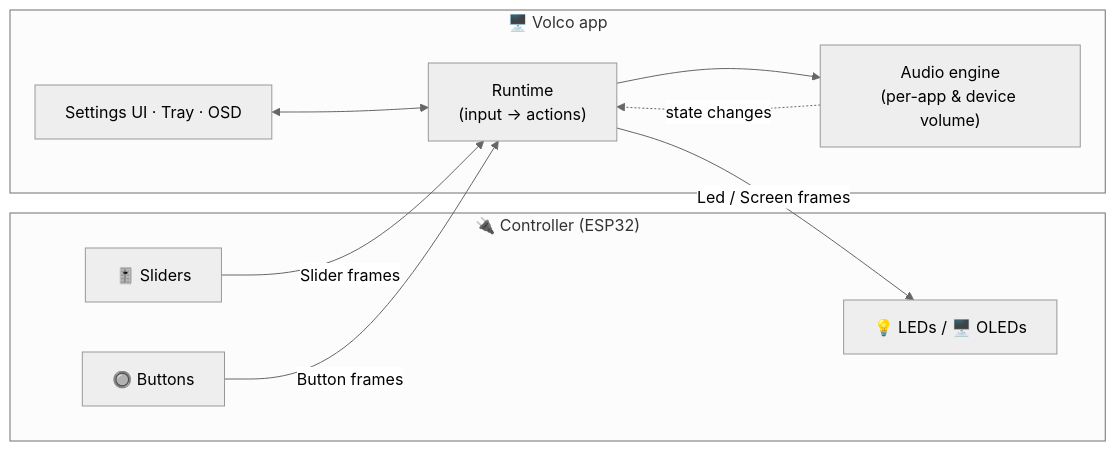
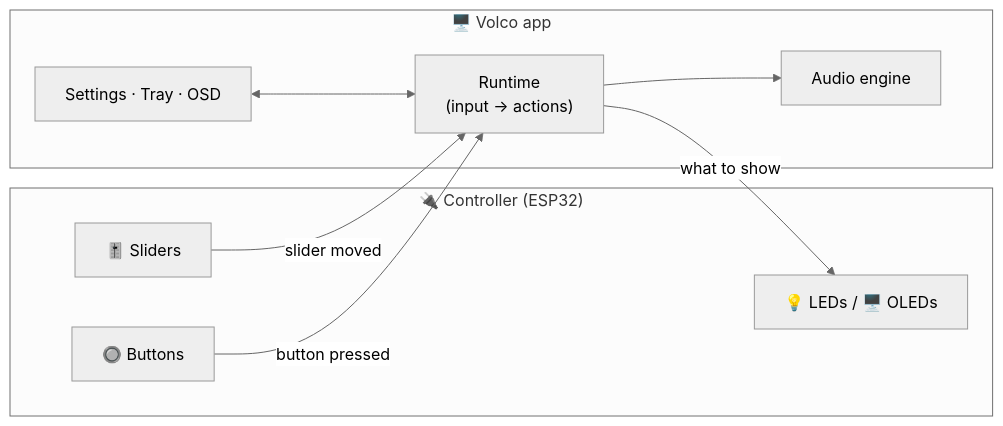
Before and after one commit to ToMeRhh/volco: the diagram in README.md, drawn with Mermaid (neutral theme). The commit also changed other lines of this file and 14 other files, not shown here.

````diff
--- a/README.md
+++ b/README.md
@@ -61,19 +91,18 @@
 ```mermaid
 flowchart LR
     subgraph HW["🔌 Controller (ESP32)"]
         S["🎚️ Sliders"]
         B["🔘 Buttons"]
         I["💡 LEDs / 🖥️ OLEDs"]
     end
     subgraph PC["🖥️ Volco app"]
         R["Runtime<br/>(input → actions)"]
-        A["Audio engine<br/>(per-app & device volume)"]
-        U["Settings UI · Tray · OSD"]
+        A["Audio engine"]
+        U["Settings · Tray · OSD"]
     end
-    S -- "Slider frames" --> R
-    B -- "Button frames" --> R
+    S -- "slider moved" --> R
+    B -- "button pressed" --> R
     R --> A
-    A -. "state changes" .-> R
-    R -- "Led / Screen frames" --> I
+    R -- "what to show" --> I
     U <--> R
 ```
````
